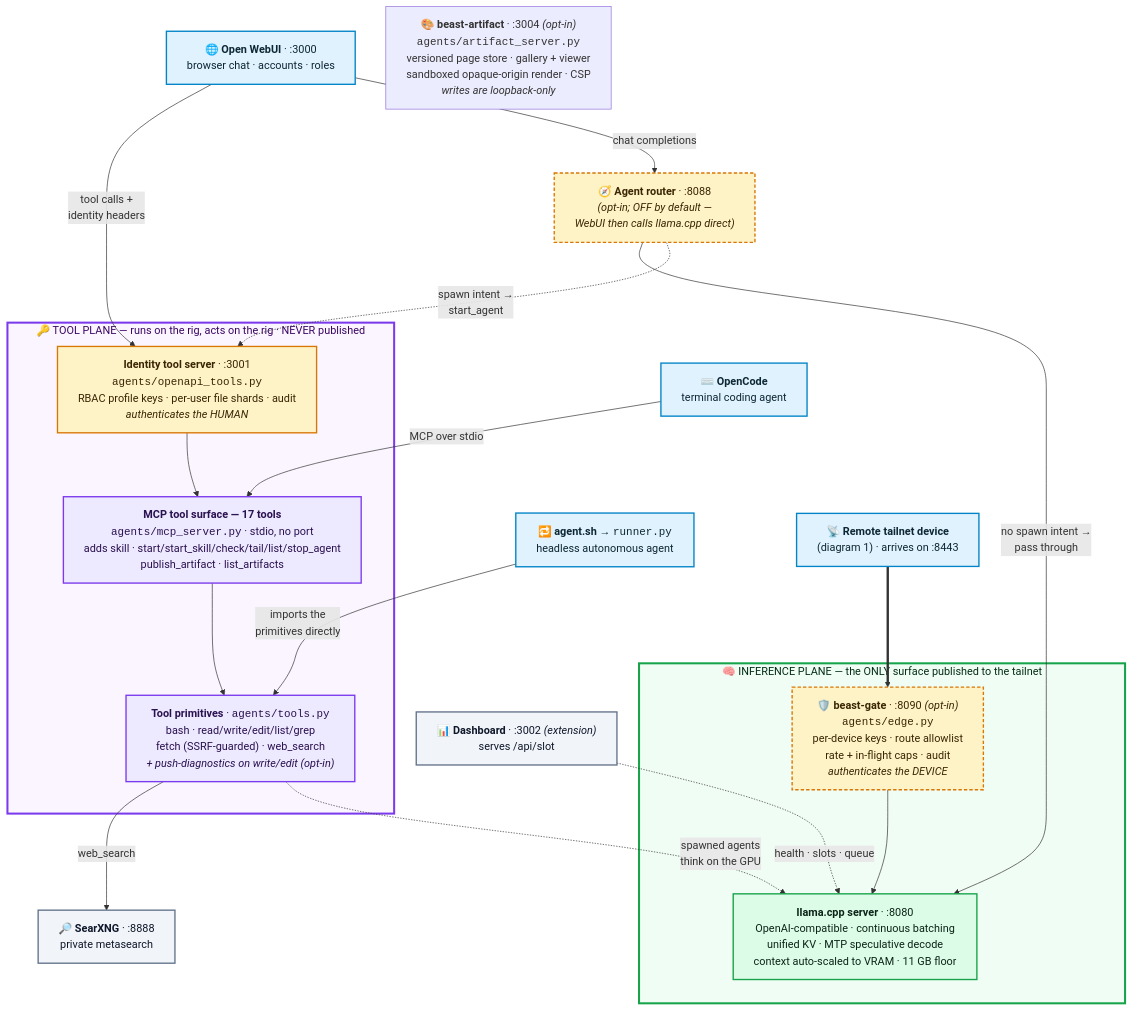
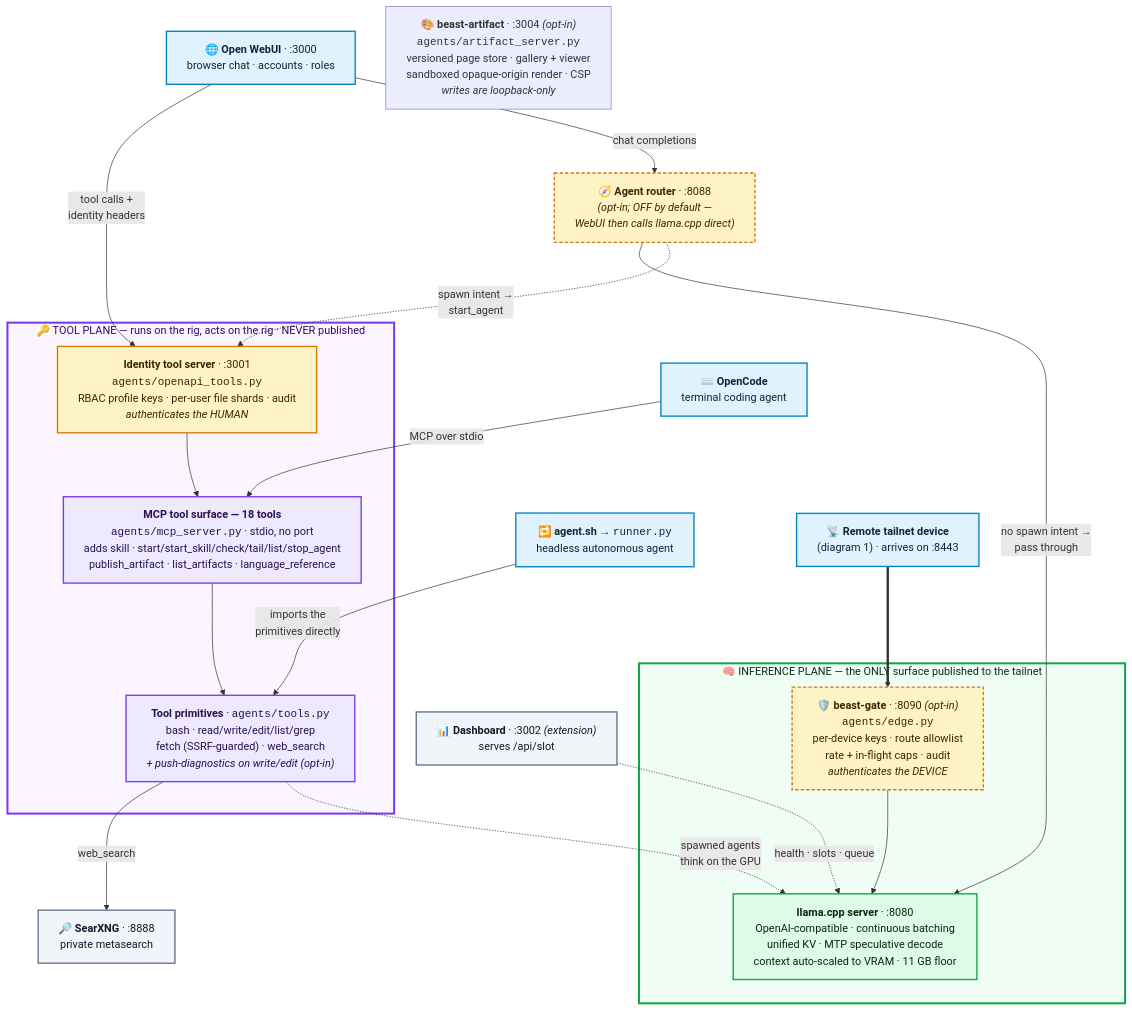
One commit to MaximilianKhan/openbeast changed the second of 2 diagrams in docs/ARCHITECTURE.md. Above: the diagram before and after it, drawn with Mermaid. The commit also changed other lines of this file and 31 other files, not shown here.

First line of the commit message:
feat(beast-lang): phase 5 (language_reference tool + skill) and the phase 3 synthesis harness (#92)

````diff
--- a/docs/ARCHITECTURE.md
+++ b/docs/ARCHITECTURE.md
@@ -101,54 +101,54 @@
 ```mermaid
 %%{init: {"flowchart": {"wrappingWidth": 380, "curve": "basis", "nodeSpacing": 45, "rankSpacing": 70}}}%%
 flowchart TB
     webui["🌐 <b>Open WebUI</b> · :3000<br/>browser chat · accounts · roles"]
     opencode["⌨️ <b>OpenCode</b><br/>terminal coding agent"]
     agentsh["🔁 <b>agent.sh</b> → <code>runner.py</code><br/>headless autonomous agent"]
     remote["📡 <b>Remote tailnet device</b><br/>(diagram 1) · arrives on :8443"]
 
     subgraph TOOLPLANE["🔑 TOOL PLANE — runs on the rig, acts on the rig · NEVER published"]
         its["<b>Identity tool server</b> · :3001<br/><code>agents/openapi_tools.py</code><br/>RBAC profile keys · per-user file shards · audit<br/><i>authenticates the HUMAN</i>"]
-        mcp["<b>MCP tool surface — 17 tools</b><br/><code>agents/mcp_server.py</code> · stdio, no port<br/>adds skill · start/start_skill/check/tail/list/stop_agent<br/>publish_artifact · list_artifacts"]
+        mcp["<b>MCP tool surface — 18 tools</b><br/><code>agents/mcp_server.py</code> · stdio, no port<br/>adds skill · start/start_skill/check/tail/list/stop_agent<br/>publish_artifact · list_artifacts · language_reference"]
         core["<b>Tool primitives</b> · <code>agents/tools.py</code><br/>bash · read/write/edit/list/grep<br/>fetch (SSRF-guarded) · web_search<br/><i>+ push-diagnostics on write/edit (opt-in)</i>"]
         its --> mcp --> core
     end
 
     subgraph INFPLANE["🧠 INFERENCE PLANE — the ONLY surface published to the tailnet"]
         gate["🛡️ <b>beast-gate</b> · :8090 <i>(opt-in)</i><br/><code>agents/edge.py</code><br/>per-device keys · route allowlist<br/>rate + in-flight caps · audit<br/><i>authenticates the DEVICE</i>"]
         llama["<b>llama.cpp server</b> · :8080<br/>OpenAI-compatible · continuous batching<br/>unified KV · MTP speculative decode<br/>context auto-scaled to VRAM · 11 GB floor"]
         gate --> llama
     end
 
     router["🧭 <b>Agent router</b> · :8088<br/><i>(opt-in; OFF by default —<br/>WebUI then calls llama.cpp direct)</i>"]
     searxng["🔎 <b>SearXNG</b> · :8888<br/>private metasearch"]
     dash["📊 <b>Dashboard</b> · :3002 <i>(extension)</i><br/>serves /api/slot"]
     artifact["🎨 <b>beast-artifact</b> · :3004 <i>(opt-in)</i><br/><code>agents/artifact_server.py</code><br/>versioned page store · gallery + viewer<br/>sandboxed opaque-origin render · CSP<br/><i>writes are loopback-only</i>"]
 
     webui -->|"tool calls +<br/>identity headers"| its
     opencode -->|"MCP over stdio"| mcp
     agentsh -->|"imports the<br/>primitives directly"| core
     remote ==> gate
 
     webui -->|"chat completions"| router
     router -->|"no spawn intent →<br/>pass through"| llama
     router -.->|"spawn intent →<br/>start_agent"| its
 
     core -->|"web_search"| searxng
     core -.->|"spawned agents<br/>think on the GPU"| llama
     dash -.->|"health · slots · queue"| llama
 
     classDef fe fill:#e0f2fe,stroke:#0284c7,stroke-width:2px,color:#0c2733;
     classDef tool fill:#ede9fe,stroke:#7c3aed,stroke-width:2px,color:#2a1150;
     classDef inf fill:#dcfce7,stroke:#16a34a,stroke-width:2px,color:#0b2417;
     classDef sec fill:#fef3c7,stroke:#d97706,stroke-width:2px,color:#3a2503;
     classDef optin fill:#fef3c7,stroke:#d97706,stroke-width:2px,stroke-dasharray:5 3,color:#3a2503;
     classDef aux fill:#f1f5f9,stroke:#64748b,stroke-width:2px,color:#0f172a;
     class webui,opencode,agentsh,remote fe;
     class mcp,core tool;
     class its sec;
     class llama inf;
     class gate,router optin;
     class searxng,dash aux;
     style TOOLPLANE fill:#faf5ff,stroke:#7c3aed,stroke-width:3px,color:#3b0764;
     style INFPLANE fill:#f0fdf4,stroke:#16a34a,stroke-width:3px,color:#052e16;
 ```
````
